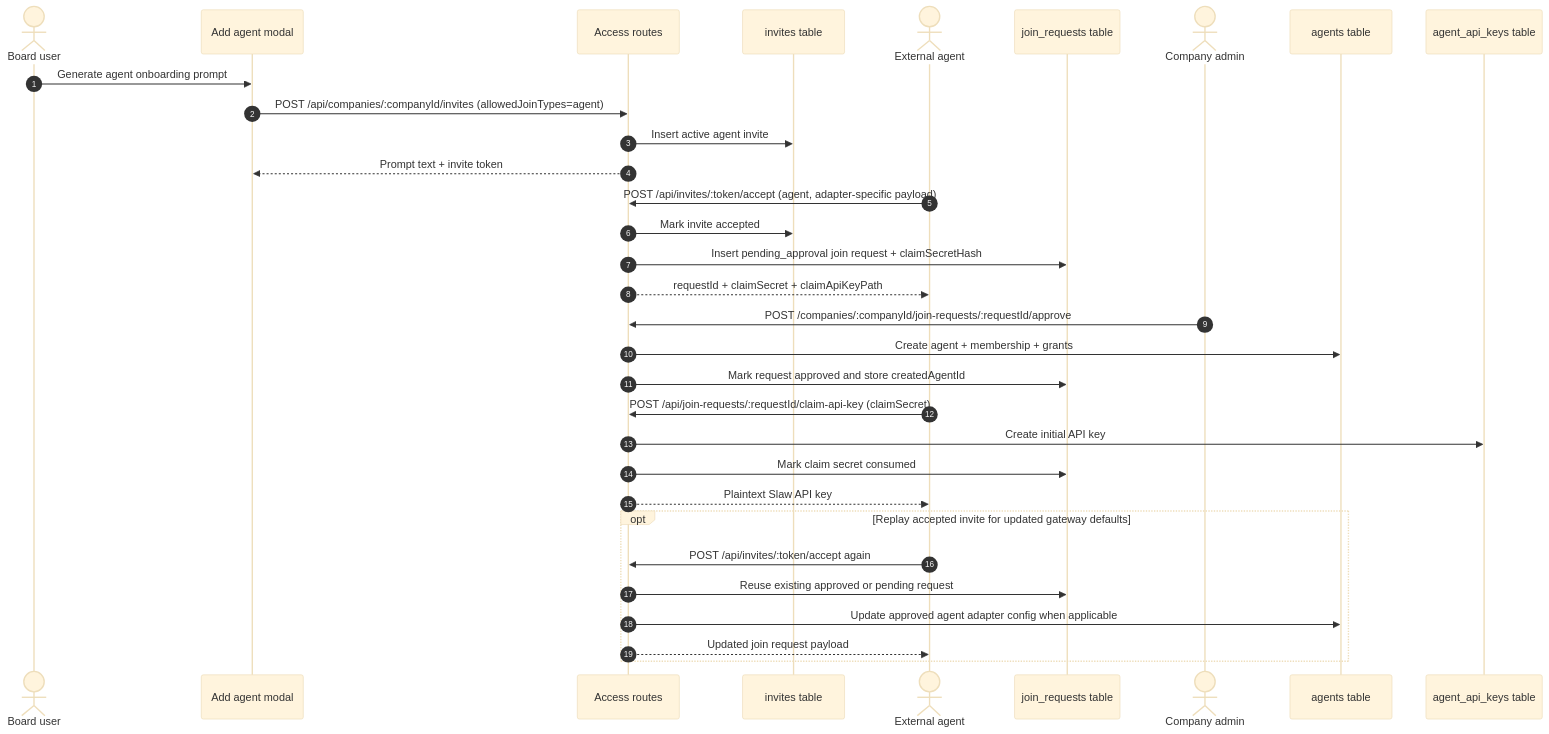
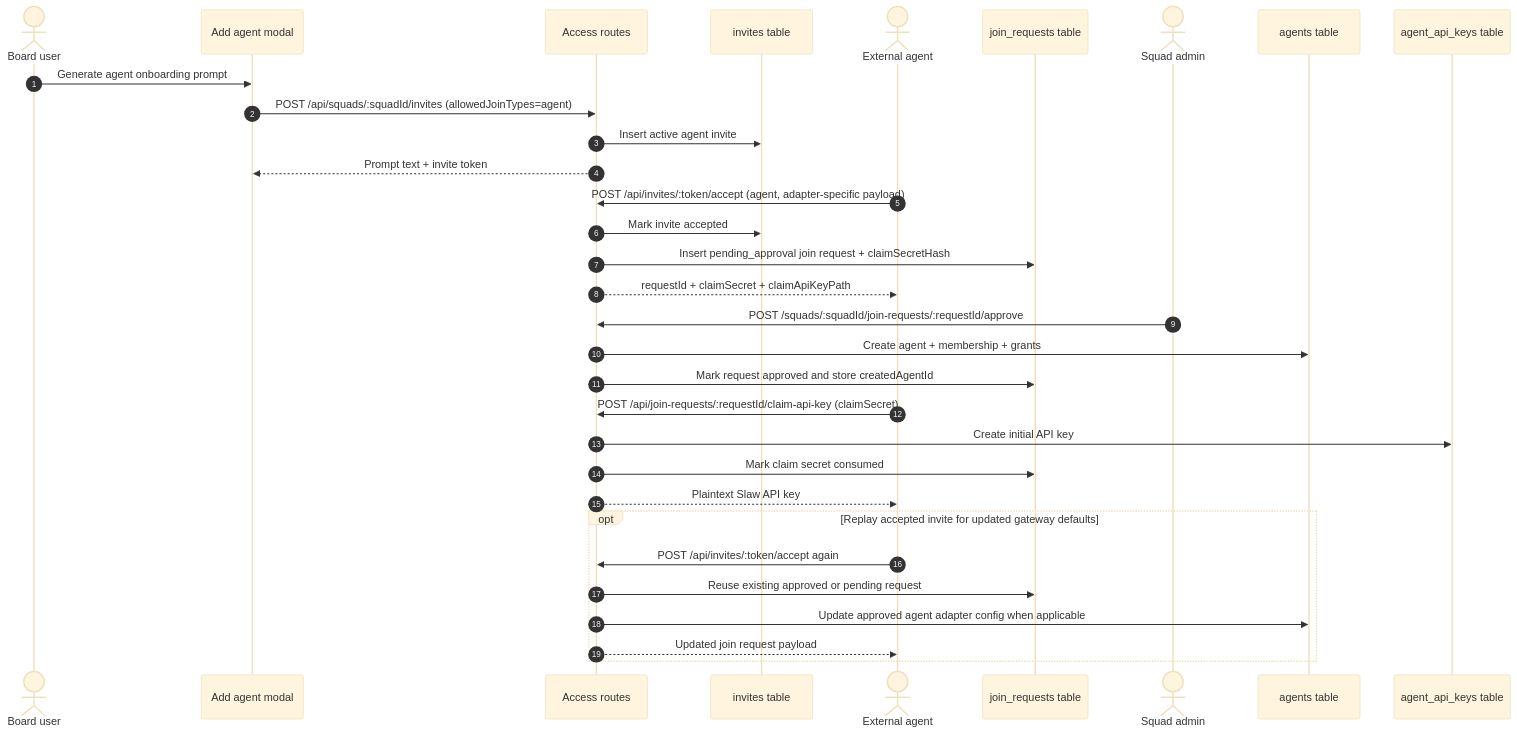
The sixth of 6 diagrams in doc/spec/invite-flow.md (slaw-ai/slaw), drawn with Mermaid (base theme) before and after one commit. The commit also changed other lines of this file and 1414 other files, not shown here.

First line of the commit message:
feat: Squad model — rename Company->Squad, CEO->Squad Lead everywhere

````diff
--- a/doc/spec/invite-flow.md
+++ b/doc/spec/invite-flow.md
@@ -239,39 +239,39 @@
 ```mermaid
 sequenceDiagram
   autonumber
   actor Board as Board user
   participant AddAgent as Add agent modal
   participant API as Access routes
   participant Invites as invites table
   actor Gateway as External agent
   participant Join as join_requests table
-  actor Approver as Company admin
+  actor Approver as Squad admin
   participant Agents as agents table
   participant Keys as agent_api_keys table
 
   Board->>AddAgent: Generate agent onboarding prompt
-  AddAgent->>API: POST /api/companies/:companyId/invites (allowedJoinTypes=agent)
+  AddAgent->>API: POST /api/squads/:squadId/invites (allowedJoinTypes=agent)
   API->>Invites: Insert active agent invite
   API-->>AddAgent: Prompt text + invite token
 
   Gateway->>API: POST /api/invites/:token/accept (agent, adapter-specific payload)
   API->>Invites: Mark invite accepted
   API->>Join: Insert pending_approval join request + claimSecretHash
   API-->>Gateway: requestId + claimSecret + claimApiKeyPath
 
-  Approver->>API: POST /companies/:companyId/join-requests/:requestId/approve
+  Approver->>API: POST /squads/:squadId/join-requests/:requestId/approve
   API->>Agents: Create agent + membership + grants
   API->>Join: Mark request approved and store createdAgentId
 
   Gateway->>API: POST /api/join-requests/:requestId/claim-api-key (claimSecret)
   API->>Keys: Create initial API key
   API->>Join: Mark claim secret consumed
   API-->>Gateway: Plaintext Slaw API key
 
   opt Replay accepted invite for updated gateway defaults
     Gateway->>API: POST /api/invites/:token/accept again
     API->>Join: Reuse existing approved or pending request
     API->>Agents: Update approved agent adapter config when applicable
     API-->>Gateway: Updated join request payload
   end
 ```
````
